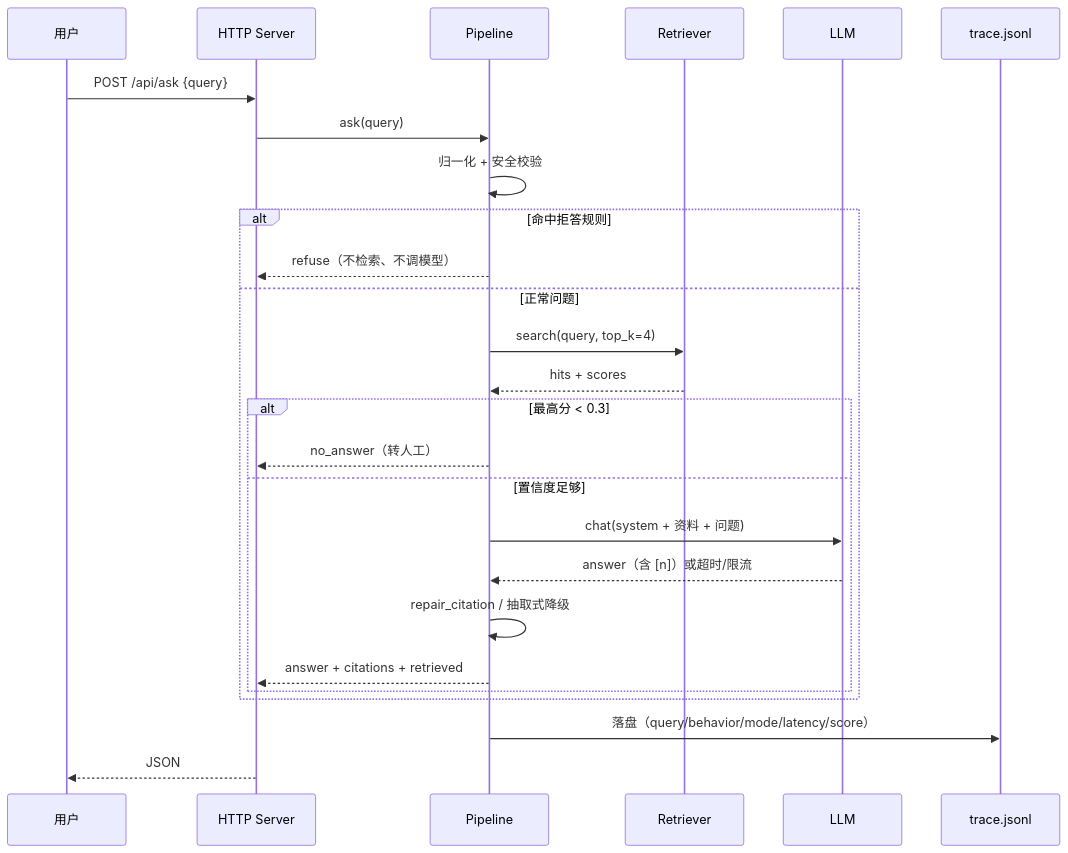
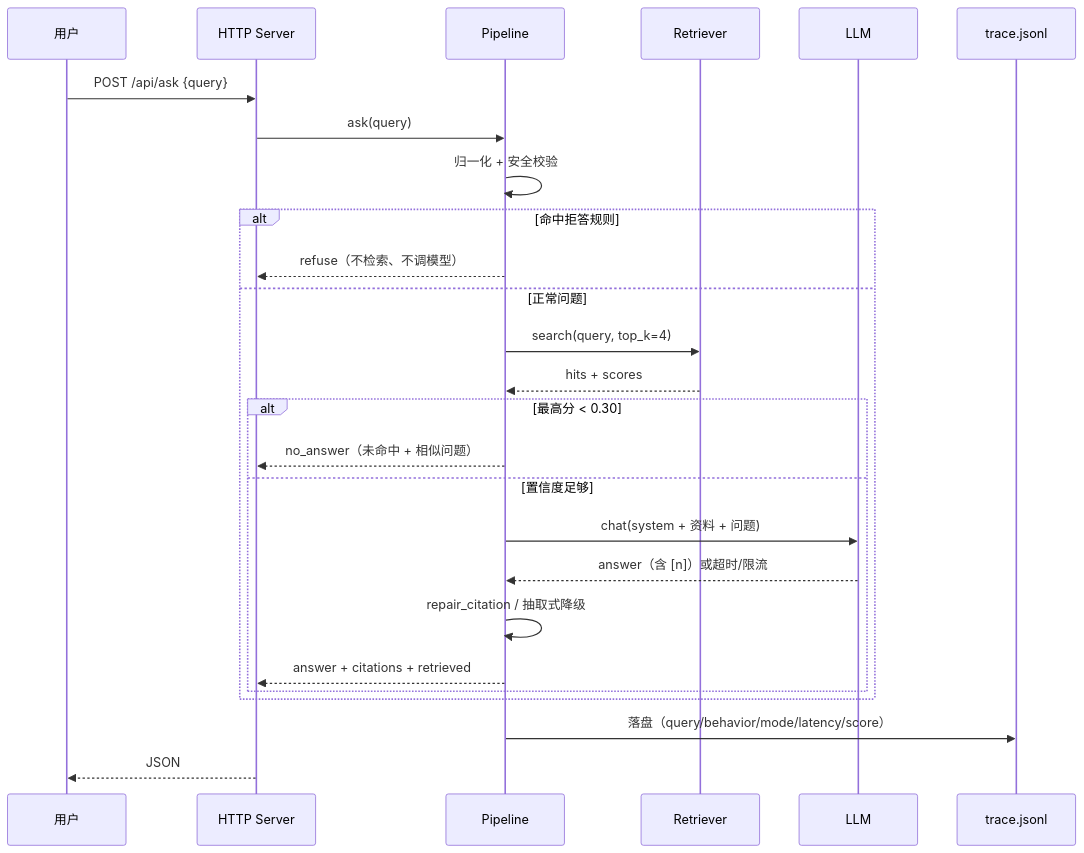
The second of 2 diagrams in docs/ARCHITECTURE.md (dongshu710/doc-qa-assistant), drawn with Mermaid before and after one commit. The commit also changed other lines of this file and 28 other files, not shown here.

````diff
--- a/docs/ARCHITECTURE.md
+++ b/docs/ARCHITECTURE.md
@@ -43,29 +43,29 @@
 ```mermaid
 sequenceDiagram
   participant U as 用户
   participant S as HTTP Server
   participant P as Pipeline
   participant R as Retriever
   participant L as LLM
   participant T as trace.jsonl
 
   U->>S: POST /api/ask {query}
   S->>P: ask(query)
   P->>P: 归一化 + 安全校验
   alt 命中拒答规则
     P-->>S: refuse（不检索、不调模型）
   else 正常问题
     P->>R: search(query, top_k=4)
     R-->>P: hits + scores
-    alt 最高分 < 0.3
-      P-->>S: no_answer（转人工）
+    alt 最高分 < 0.30
+      P-->>S: no_answer（未命中 + 相似问题）
     else 置信度足够
       P->>L: chat(system + 资料 + 问题)
       L-->>P: answer（含 [n]）或超时/限流
       P->>P: repair_citation / 抽取式降级
       P-->>S: answer + citations + retrieved
     end
   end
   P->>T: 落盘（query/behavior/mode/latency/score）
   S-->>U: JSON
 ```
````
